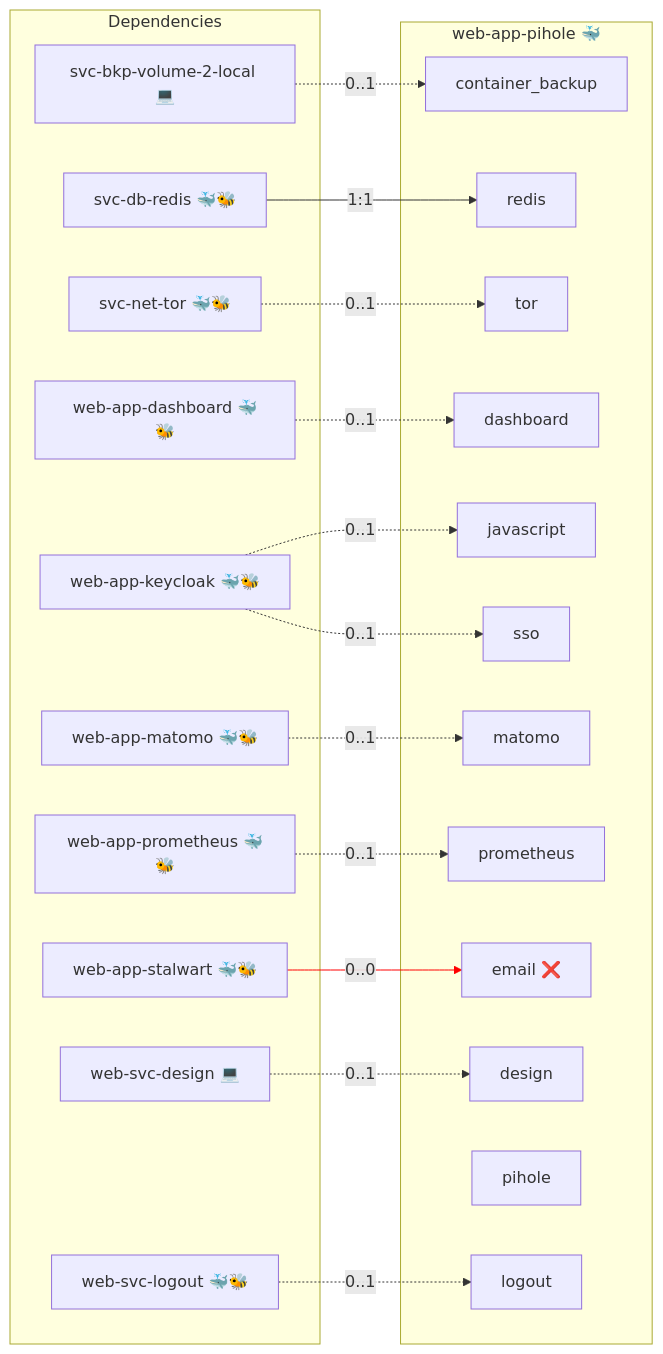
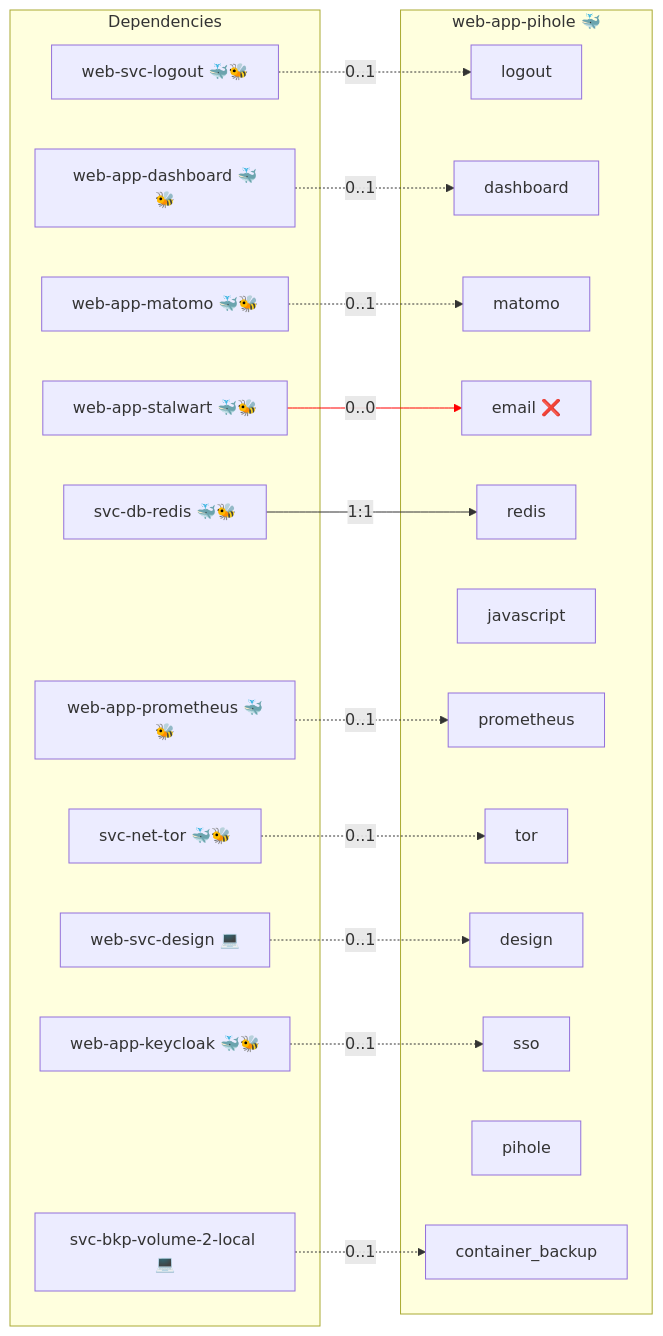
The diagram in roles/web-app-pihole/README.md (infinito-nexus/core), drawn with Mermaid before and after one commit. The commit also changed 4 other files, not shown here.

First line of the commit message:
fix(web-app-pihole): inject the logout link only with SSO

````diff
--- a/roles/web-app-pihole/README.md
+++ b/roles/web-app-pihole/README.md
@@ -17,41 +17,40 @@
 ```mermaid
 flowchart LR
     subgraph deps [Dependencies]
         dep_svc_bkp_volume_2_local["svc-bkp-volume-2-local 💻"]
         dep_svc_db_redis["svc-db-redis 🐳🐝"]
         dep_svc_net_tor["svc-net-tor 🐳🐝"]
         dep_web_app_dashboard["web-app-dashboard 🐳🐝"]
         dep_web_app_keycloak["web-app-keycloak 🐳🐝"]
         dep_web_app_matomo["web-app-matomo 🐳🐝"]
         dep_web_app_prometheus["web-app-prometheus 🐳🐝"]
         dep_web_app_stalwart["web-app-stalwart 🐳🐝"]
         dep_web_svc_design["web-svc-design 💻"]
         dep_web_svc_logout["web-svc-logout 🐳🐝"]
     end
     subgraph role [web-app-pihole 🐳]
         svc_logout["logout"]
         svc_dashboard["dashboard"]
         svc_matomo["matomo"]
         svc_email["email ❌"]
         svc_redis["redis"]
         svc_javascript["javascript"]
         svc_prometheus["prometheus"]
         svc_tor["tor"]
         svc_design["design"]
         svc_sso["sso"]
         svc_pihole["pihole"]
         svc_container_backup["container_backup"]
     end
     dep_svc_bkp_volume_2_local -. "0..1" .-> svc_container_backup
     dep_svc_db_redis -- "1:1" --> svc_redis
     dep_svc_net_tor -. "0..1" .-> svc_tor
     dep_web_app_dashboard -. "0..1" .-> svc_dashboard
-    dep_web_app_keycloak -. "0..1" .-> svc_javascript
     dep_web_app_keycloak -. "0..1" .-> svc_sso
     dep_web_app_matomo -. "0..1" .-> svc_matomo
     dep_web_app_prometheus -. "0..1" .-> svc_prometheus
     dep_web_app_stalwart -- "0..0" --> svc_email
     dep_web_svc_design -. "0..1" .-> svc_design
     dep_web_svc_logout -. "0..1" .-> svc_logout
-    linkStyle 8 stroke:red;
+    linkStyle 7 stroke:red;
 ```
````
